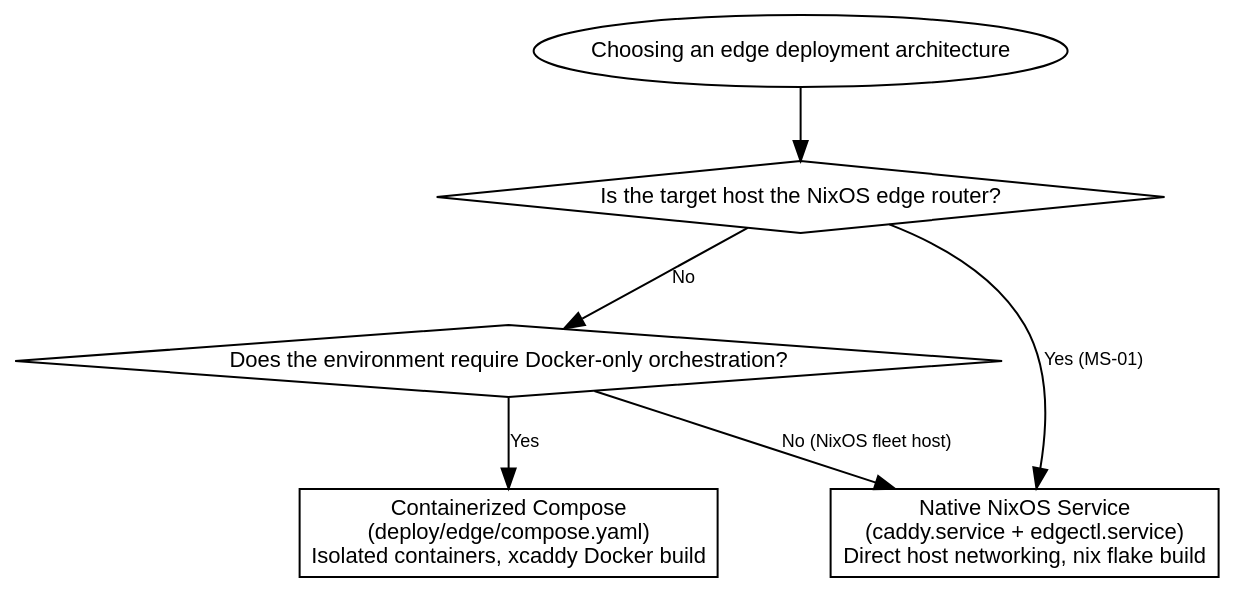
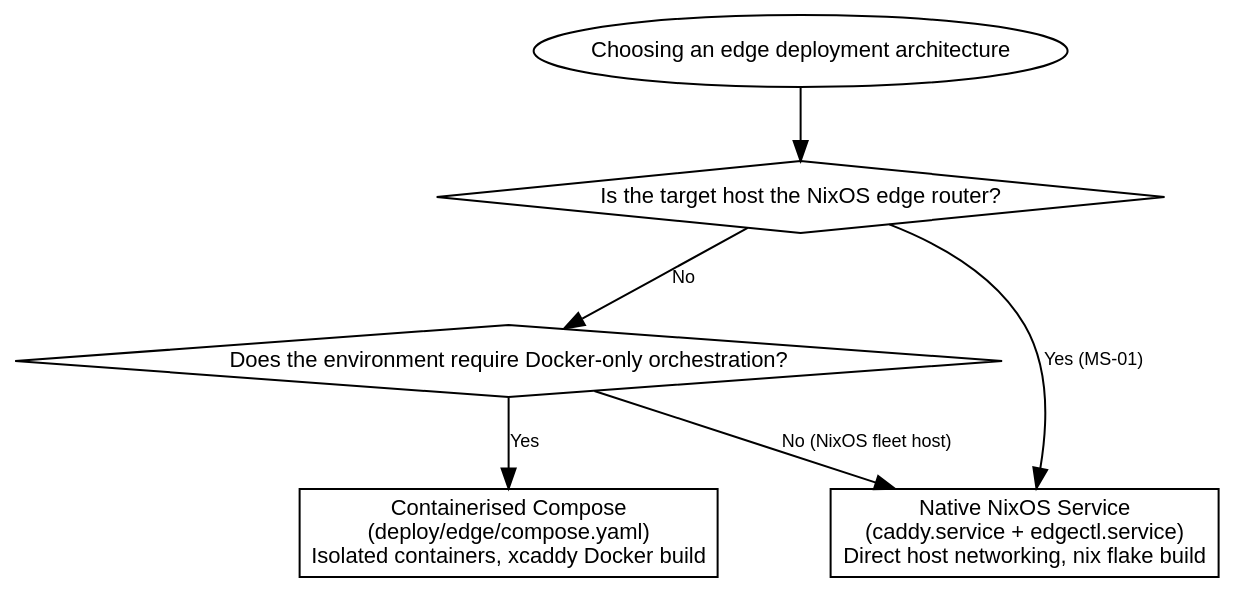
One commit to erfianugrah/lexicanum changed the third of 3 diagrams in src/content/docs/reference/edge-caddy-on-nixos.mdx. Above: the diagram before and after it, drawn with Graphviz. The commit also changed other lines of this file and 104 other files, not shown here.

````diff
--- a/src/content/docs/reference/edge-caddy-on-nixos.mdx
+++ b/src/content/docs/reference/edge-caddy-on-nixos.mdx
@@ -368,20 +369,20 @@
 ```dot
 digraph {
   rankdir=TB; bgcolor="transparent"; nodesep=0.3; ranksep=0.5;
   fontname="Helvetica,Arial,sans-serif";
   node [fontname="Helvetica,Arial,sans-serif", fontsize=11, shape=box];
   edge [fontname="Helvetica,Arial,sans-serif", fontsize=9];
 
   start [label="Choosing an edge deployment architecture", shape=ellipse];
   q1 [label="Is the target host the NixOS edge router?", shape=diamond];
   q2 [label="Does the environment require Docker-only orchestration?", shape=diamond];
   native [label="Native NixOS Service\n(caddy.service + edgectl.service)\nDirect host networking, nix flake build"];
-  compose [label="Containerized Compose\n(deploy/edge/compose.yaml)\nIsolated containers, xcaddy Docker build"];
+  compose [label="Containerised Compose\n(deploy/edge/compose.yaml)\nIsolated containers, xcaddy Docker build"];
 
   start -> q1;
   q1 -> native [label="Yes (MS-01)"];
   q1 -> q2 [label="No"];
   q2 -> compose [label="Yes"];
   q2 -> native [label="No (NixOS fleet host)"];
 }
 ```
````
